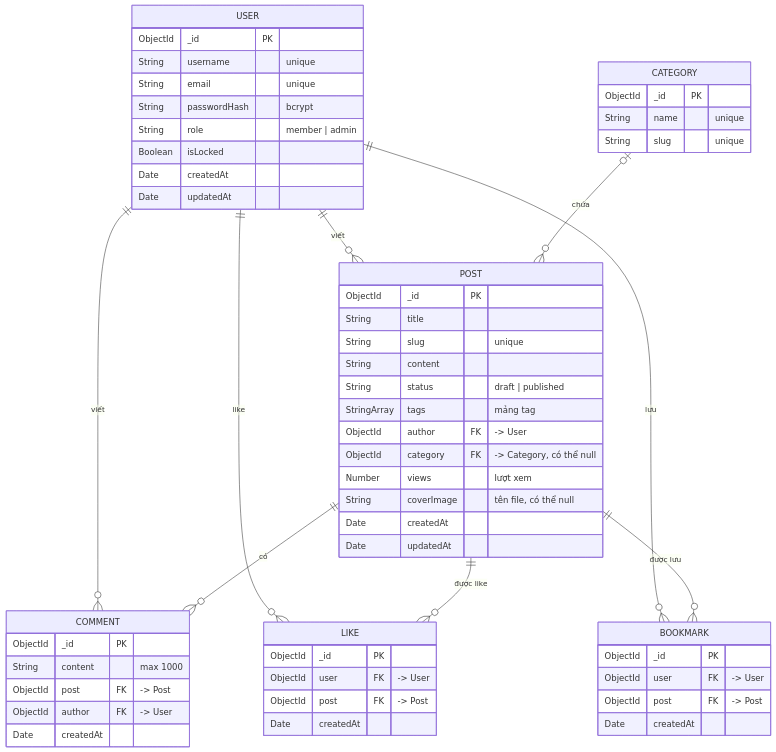
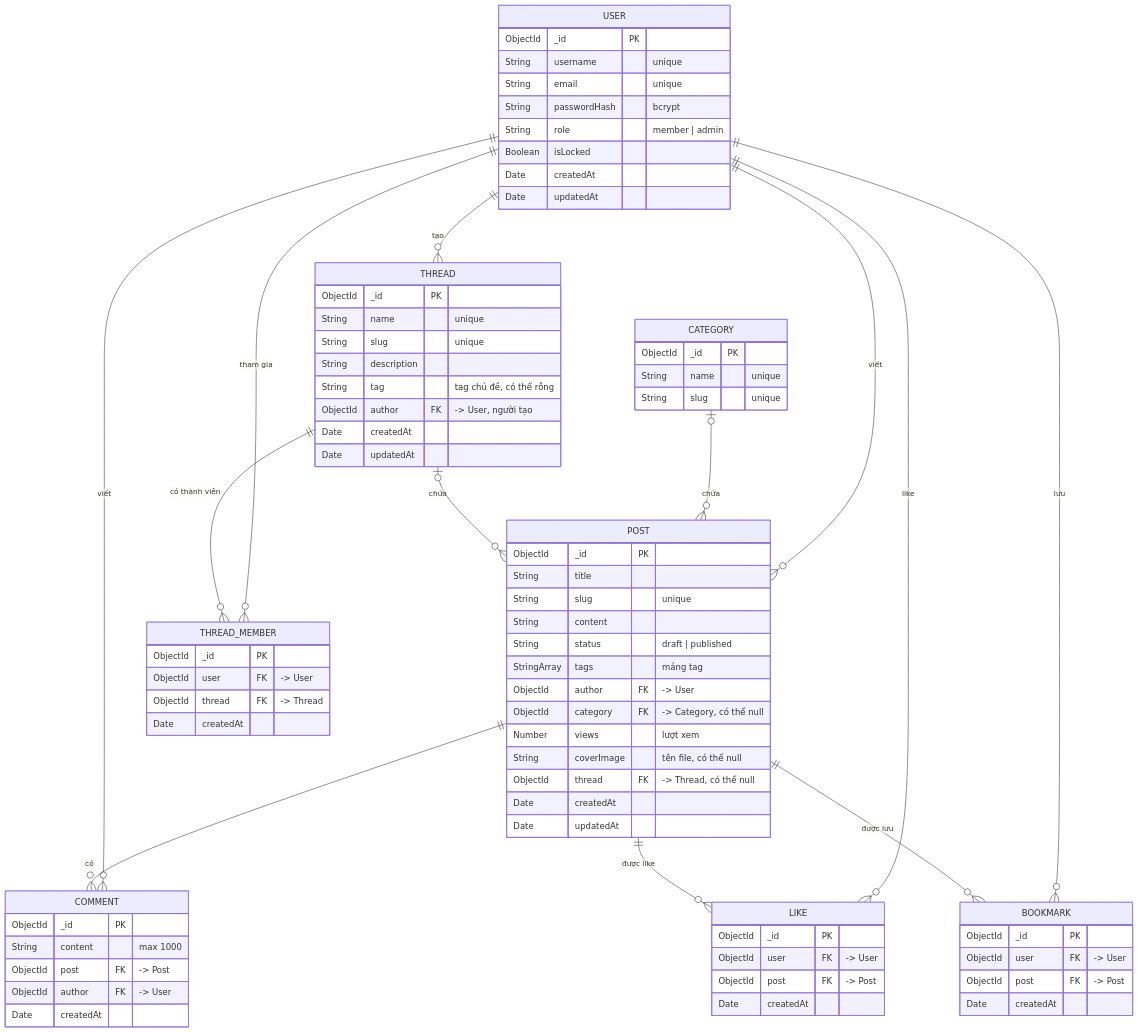
The diagram in docs/specs/03-data-model.md (PotatoMine725/Nhom3-Web_Blog), drawn with Mermaid before and after one commit. The commit also changed other lines of this file and 6 other files, not shown here.

````diff
--- a/docs/specs/03-data-model.md
+++ b/docs/specs/03-data-model.md
@@ -7,60 +7,81 @@
 ```mermaid
 erDiagram
   USER ||--o{ POST : "viết"
   USER ||--o{ COMMENT : "viết"
   POST ||--o{ COMMENT : "có"
   CATEGORY |o--o{ POST : "chứa"
   USER ||--o{ LIKE : "like"
   POST ||--o{ LIKE : "được like"
   USER ||--o{ BOOKMARK : "lưu"
   POST ||--o{ BOOKMARK : "được lưu"
+  USER ||--o{ THREAD : "tạo"
+  THREAD |o--o{ POST : "chứa"
+  USER ||--o{ THREAD_MEMBER : "tham gia"
+  THREAD ||--o{ THREAD_MEMBER : "có thành viên"
 
   USER {
     ObjectId _id PK
     String username "unique"
     String email "unique"
     String passwordHash "bcrypt"
     String role "member | admin"
     Boolean isLocked
     Date createdAt
     Date updatedAt
   }
   POST {
     ObjectId _id PK
     String title
     String slug "unique"
     String content
     String status "draft | published"
     StringArray tags "mảng tag"
     ObjectId author FK "-> User"
     ObjectId category FK "-> Category, có thể null"
     Number views "lượt xem"
     String coverImage "tên file, có thể null"
+    ObjectId thread FK "-> Thread, có thể null"
     Date createdAt
     Date updatedAt
   }
   CATEGORY {
     ObjectId _id PK
     String name "unique"
     String slug "unique"
   }
   COMMENT {
     ObjectId _id PK
     String content "max 1000"
     ObjectId post FK "-> Post"
     ObjectId author FK "-> User"
     Date createdAt
   }
   LIKE {
     ObjectId _id PK
     ObjectId user FK "-> User"
     ObjectId post FK "-> Post"
     Date createdAt
   }
   BOOKMARK {
     ObjectId _id PK
     ObjectId user FK "-> User"
     ObjectId post FK "-> Post"
     Date createdAt
   }
+  THREAD {
+    ObjectId _id PK
+    String name "unique"
+    String slug "unique"
+    String description
+    String tag "tag chủ đề, có thể rỗng"
+    ObjectId author FK "-> User, người tạo"
+    Date createdAt
+    Date updatedAt
+  }
+  THREAD_MEMBER {
+    ObjectId _id PK
+    ObjectId user FK "-> User"
+    ObjectId thread FK "-> Thread"
+    Date createdAt
+  }
 ```
````
